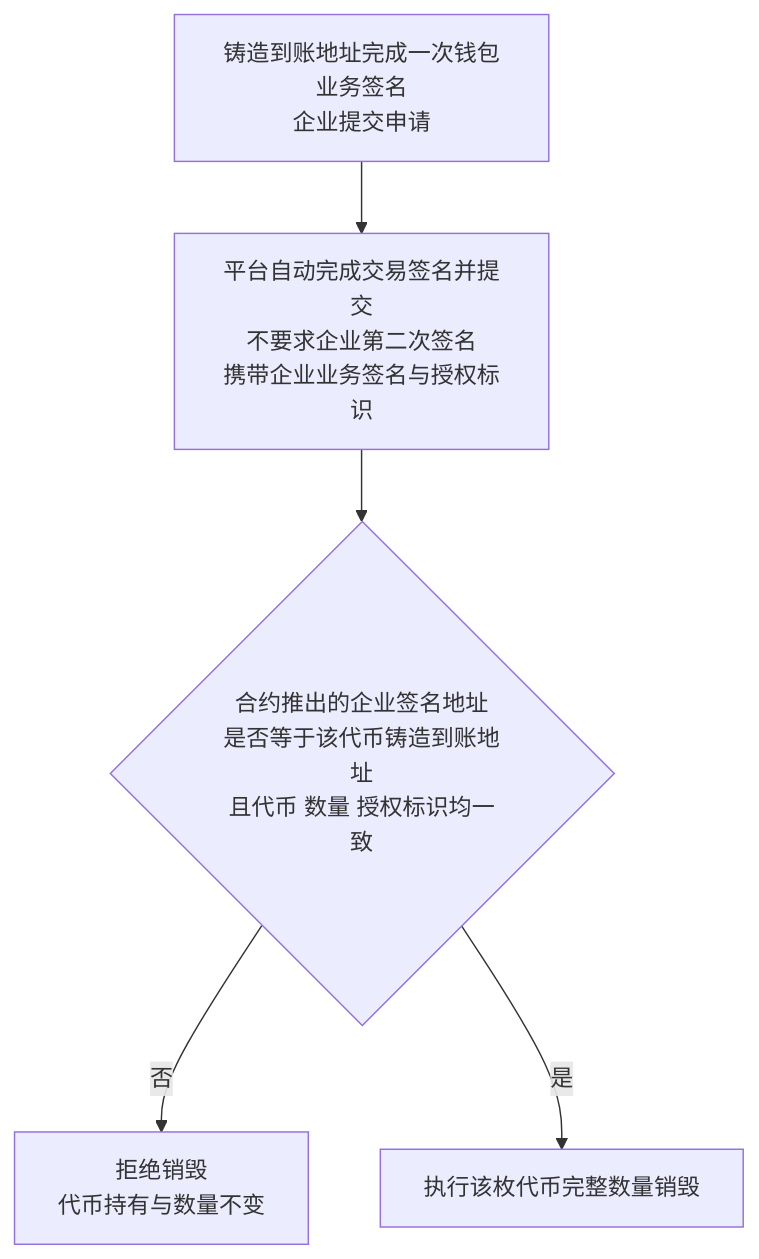
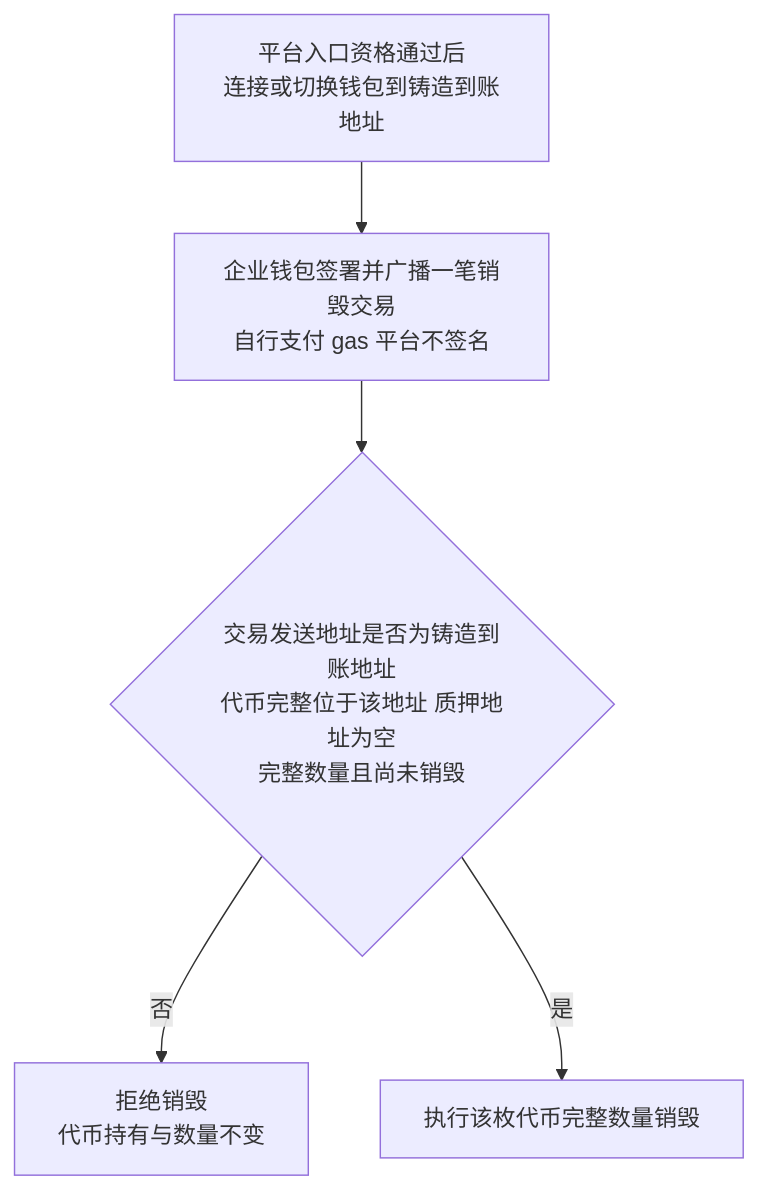
Before and after one commit to wxblockchain/Chain-Financing: the fifth of 6 diagrams in token-issuance-platform/PRD/管理端/M6-合约管理/02-合约管理-流程图与状态机.md, drawn with Mermaid. The commit also changed other lines of this file and 15 other files, not shown here.

````diff
--- a/token-issuance-platform/PRD/管理端/M6-合约管理/02-合约管理-流程图与状态机.md
+++ b/token-issuance-platform/PRD/管理端/M6-合约管理/02-合约管理-流程图与状态机.md
@@ -110,7 +110,7 @@
 ```mermaid
 flowchart TD
-    A[铸造到账地址完成一次钱包业务签名<br/>企业提交申请] --> C[平台自动完成交易签名并提交<br/>不要求企业第二次签名<br/>携带企业业务签名与授权标识]
-    C --> D{合约推出的企业签名地址<br/>是否等于该代币铸造到账地址<br/>且代币 数量 授权标识均一致}
+    A[平台入口资格通过后<br/>连接或切换钱包到铸造到账地址] --> C[企业钱包签署并广播一笔销毁交易<br/>自行支付 gas 平台不签名]
+    C --> D{交易发送地址是否为铸造到账地址<br/>代币完整位于该地址 质押地址为空<br/>完整数量且尚未销毁}
     D -->|否| E[拒绝销毁<br/>代币持有与数量不变]
     D -->|是| F[执行该枚代币完整数量销毁]
 ```
````
